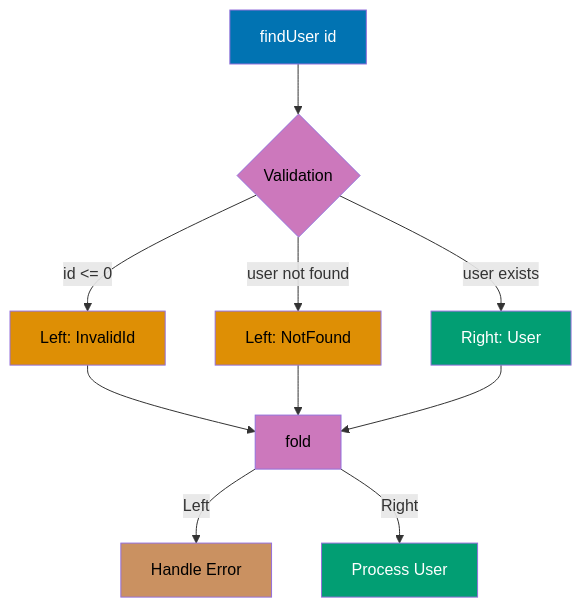
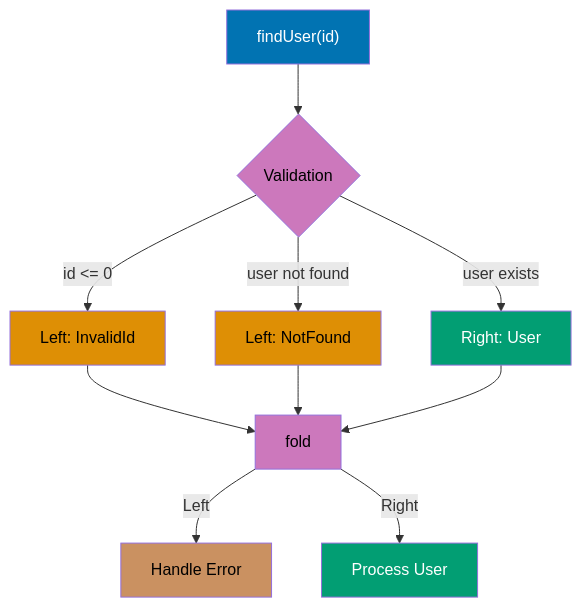
One commit to wahidyankf/open-sharia-enterprise changed the ninth of 22 diagrams in apps/ayokoding-web/content/en/learn/software-engineering/programming-languages/kotlin/tutorials/by-example/advanced.md. Above: the diagram before and after it, drawn with Mermaid. The commit also changed other lines of this file and 10 other files, not shown here.

````diff
--- a/apps/ayokoding-web/content/en/learn/software-engineering/programming-languages/kotlin/tutorials/by-example/advanced.md
+++ b/apps/ayokoding-web/content/en/learn/software-engineering/programming-languages/kotlin/tutorials/by-example/advanced.md
@@ -1271,24 +2850,24 @@
 ```mermaid
-%% Either flow showing left (error) and right (success) paths
+%% Color Palette: Blue #0173B2, Orange #DE8F05, Teal #029E73, Purple #CC78BC, Brown #CA9161
 graph TD
-    A[findUser id] --> B{Validation}
+    A[findUser#40;id#41;] --> B{Validation}
     B -->|id <= 0| C[Left: InvalidId]
     B -->|user not found| D[Left: NotFound]
     B -->|user exists| E[Right: User]
 
     C --> F[fold]
     D --> F
     E --> F
 
     F -->|Left| G[Handle Error]
     F -->|Right| H[Process User]
 
     style A fill:#0173B2,color:#fff
     style B fill:#CC78BC,color:#000
     style C fill:#DE8F05,color:#000
     style D fill:#DE8F05,color:#000
     style E fill:#029E73,color:#fff
     style F fill:#CC78BC,color:#000
     style G fill:#CA9161,color:#000
     style H fill:#029E73,color:#fff
 ```
````
